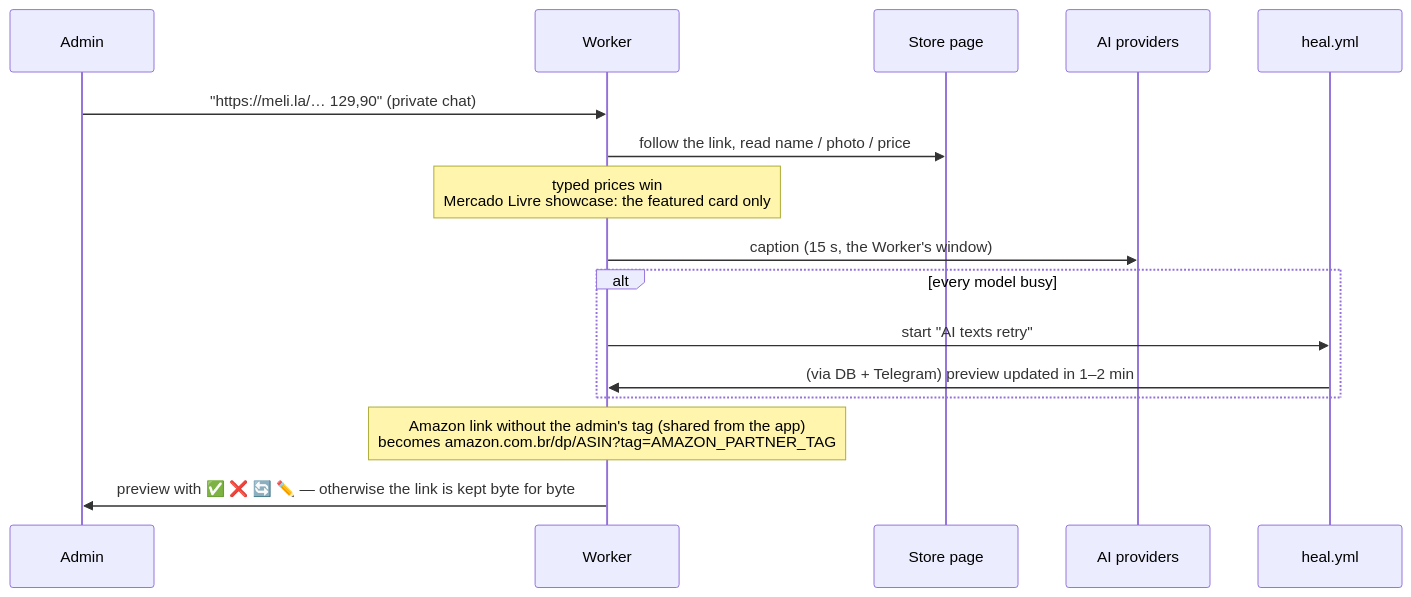
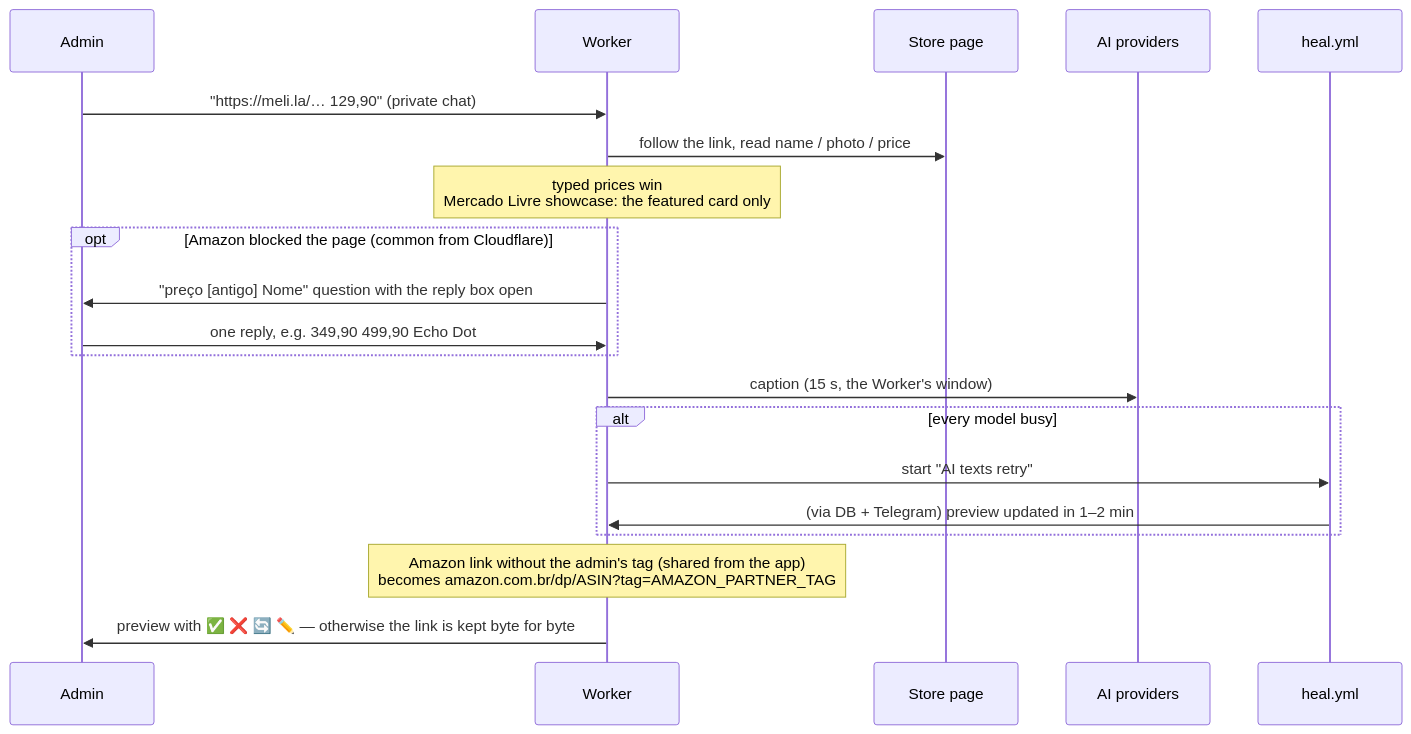
One commit to David-Ackerman/dev-das-promos changed the seventh of 9 diagrams in docs/ARCHITECTURE.md. Above: the diagram before and after it, drawn with Mermaid. The commit also changed 4 other files, not shown here.

First line of the commit message:
fix(amazon): one-reply price + name when Amazon blocks the page

````diff
--- a/docs/ARCHITECTURE.md
+++ b/docs/ARCHITECTURE.md
@@ -240,19 +240,23 @@
 ```mermaid
 sequenceDiagram
   participant Admin
   participant W as Worker
   participant Page as Store page
   participant AI as AI providers
   participant GH as heal.yml
 
   Admin->>W: "https://meli.la/… 129,90" (private chat)
   W->>Page: follow the link, read name / photo / price
   Note over W: typed prices win<br/>Mercado Livre showcase: the featured card only
+  opt Amazon blocked the page (common from Cloudflare)
+    W->>Admin: "preço [antigo] Nome" question with the reply box open
+    Admin->>W: one reply, e.g. 349,90 499,90 Echo Dot
+  end
   W->>AI: caption (15 s, the Worker's window)
   alt every model busy
     W->>GH: start "AI texts retry"
     GH->>W: (via DB + Telegram) preview updated in 1–2 min
   end
   Note over W: Amazon link without the admin's tag (shared from the app)<br/>becomes amazon.com.br/dp/ASIN?tag=AMAZON_PARTNER_TAG
   W->>Admin: preview with ✅ ❌ 🔄 ✏️ — otherwise the link is kept byte for byte
 ```
````
